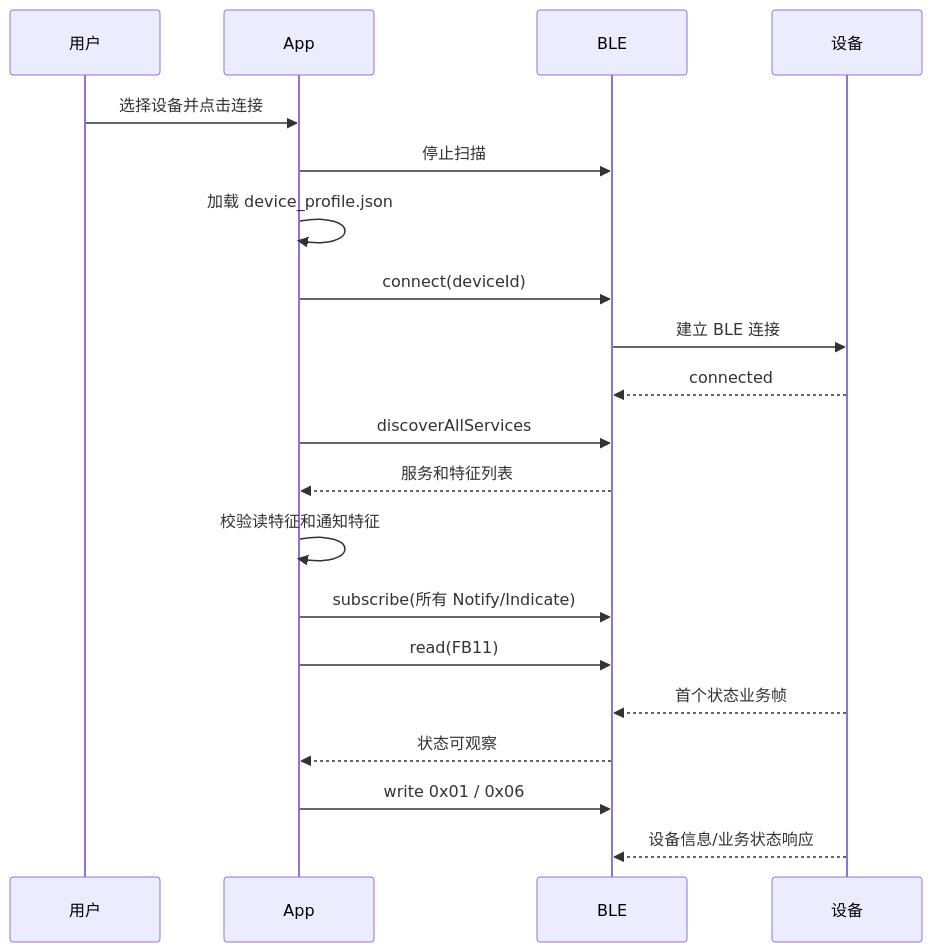
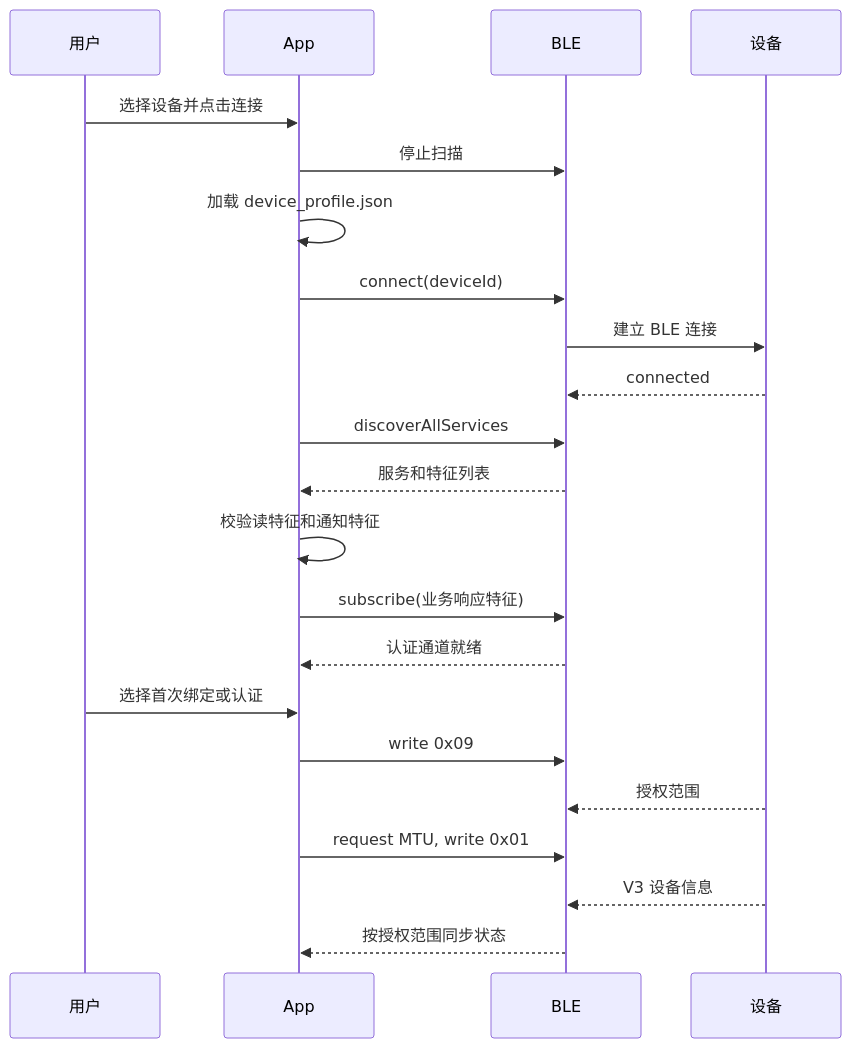
Before and after one commit to 01xkp/EVT_Flutter_APP: the second of 3 diagrams in docs/app-device-flow.md, drawn with Mermaid. The commit also changed other lines of this file and 97 other files, not shown here.

````diff
--- a/docs/app-device-flow.md
+++ b/docs/app-device-flow.md
@@ -128,23 +132,25 @@
 ```mermaid
 sequenceDiagram
     participant U as 用户
     participant A as App
     participant B as BLE
     participant D as 设备
 
     U->>A: 选择设备并点击连接
     A->>B: 停止扫描
     A->>A: 加载 device_profile.json
     A->>B: connect(deviceId)
     B->>D: 建立 BLE 连接
     D-->>B: connected
     A->>B: discoverAllServices
     B-->>A: 服务和特征列表
     A->>A: 校验读特征和通知特征
-    A->>B: subscribe(所有 Notify/Indicate)
-    A->>B: read(FB11)
-    D-->>B: 首个状态业务帧
-    B-->>A: 状态可观察
-    A->>B: write 0x01 / 0x06
-    D-->>B: 设备信息/业务状态响应
+    A->>B: subscribe(业务响应特征)
+    B-->>A: 认证通道就绪
+    U->>A: 选择首次绑定或认证
+    A->>B: write 0x09
+    D-->>B: 授权范围
+    A->>B: request MTU, write 0x01
+    D-->>B: V3 设备信息
+    B-->>A: 按授权范围同步状态
 ```
````
